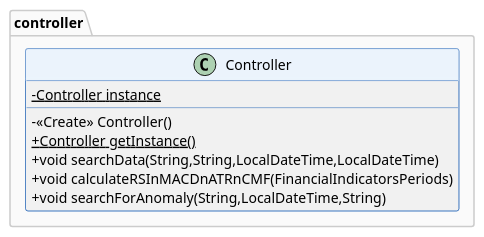
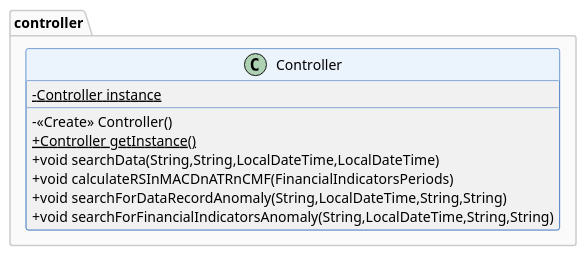
One commit to VincenzoRosarioZumbolo/AnomaliesDetection changed the diagram in documentation/UML/controllerUML.puml. Above: the diagram before and after it, drawn with PlantUML. The commit also changed 134 other files, not shown here.

Commit message:
update uml

```diff
--- a/documentation/UML/controllerUML.puml
+++ b/documentation/UML/controllerUML.puml
@@ -1,23 +1,24 @@
 @startuml
 
 skinparam ClassAttributeIconSize 0
 skinparam BackgroundColor #FFFFFF
 skinparam PackageBackgroundColor #FAFAFA
 skinparam PackageBorderColor #CCCCCC
 skinparam PackageFontName "Segoe UI"
 skinparam ClassFontName "Segoe UI"
 skinparam ClassHeaderBackgroundColor #EBF3FC
 skinparam ClassBorderColor #1F60B4
 skinparam ArrowColor #555555
 
 class controller.Controller {
 - {static} Controller instance
 - <<Create>> Controller()
 + {static} Controller getInstance()
 + void searchData(String,String,LocalDateTime,LocalDateTime)
 + void calculateRSInMACDnATRnCMF(FinancialIndicatorsPeriods)
-+ void searchForAnomaly(String,LocalDateTime,String)
++ void searchForDataRecordAnomaly(String,LocalDateTime,String,String)
++ void searchForFinancialIndicatorsAnomaly(String,LocalDateTime,String,String)
 }
 
 
 @enduml
```
